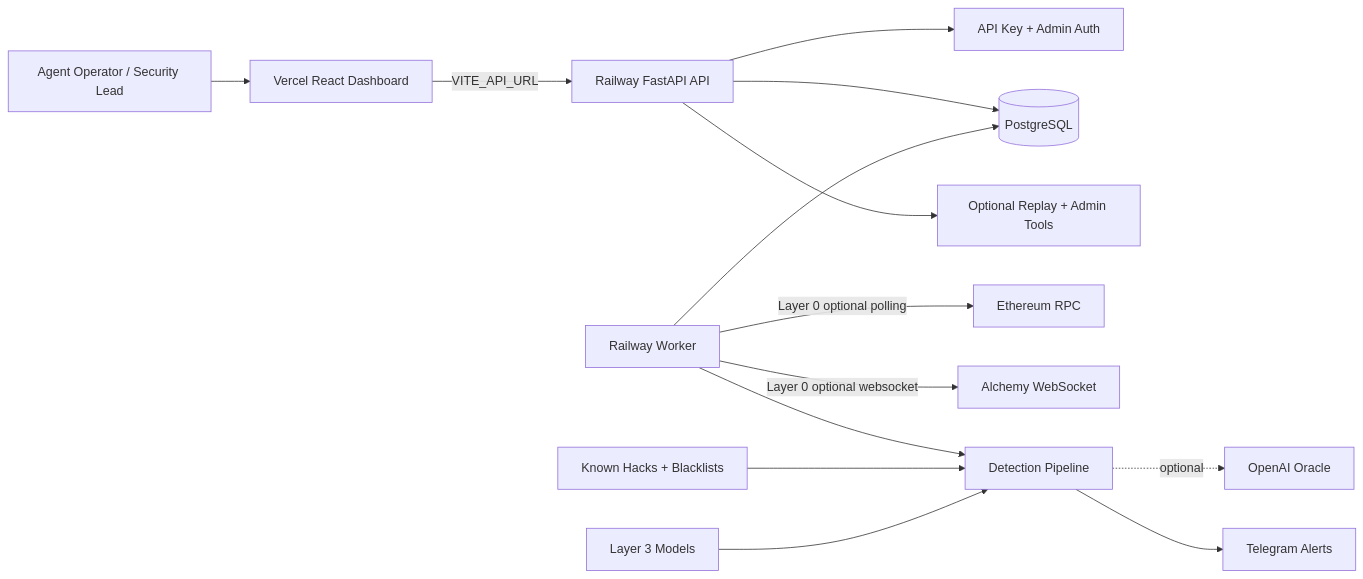
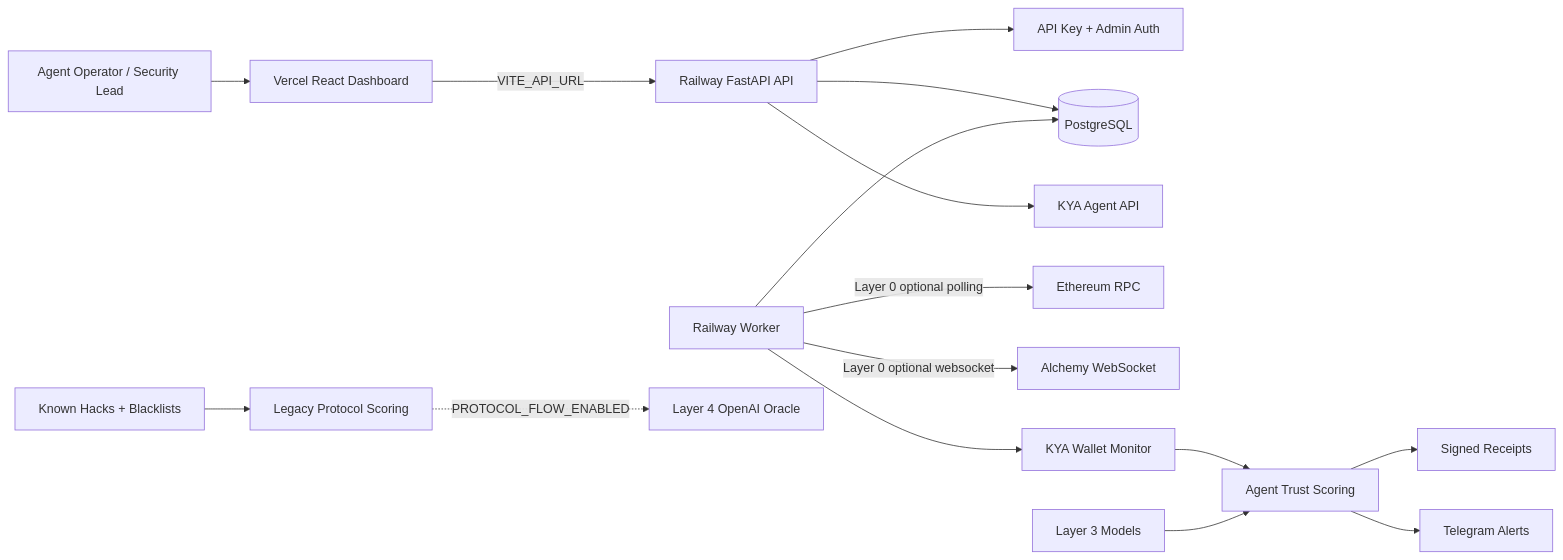
Before and after one commit to hasansazly/Talosly-startup: the first of 6 diagrams in README.md, drawn with Mermaid. The commit also changed other lines of this file, not shown here.

````diff
--- a/README.md
+++ b/README.md
@@ -67,18 +67,20 @@
 ```mermaid
 flowchart LR
   Operator[Agent Operator / Security Lead] --> UI[Vercel React Dashboard]
   UI -->|VITE_API_URL| API[Railway FastAPI API]
   API --> Auth[API Key + Admin Auth]
   API --> DB[(PostgreSQL)]
-  API --> Replay[Optional Replay + Admin Tools]
+  API --> KYA[KYA Agent API]
 
   Worker[Railway Worker] --> DB
   Worker -->|Layer 0 optional polling| RPC[Ethereum RPC]
   Worker -->|Layer 0 optional websocket| WSS[Alchemy WebSocket]
-  Worker --> Pipeline[Detection Pipeline]
-  Pipeline -. optional .-> OpenAI[OpenAI Oracle]
-  Pipeline --> Telegram[Telegram Alerts]
+  Worker --> KYAWorker[KYA Wallet Monitor]
+  KYAWorker --> Score[Agent Trust Scoring]
+  Score --> Receipts[Signed Receipts]
+  Score --> Telegram[Telegram Alerts]
 
-  Data[Known Hacks + Blacklists] --> Pipeline
-  Models[Layer 3 Models] --> Pipeline
+  Data[Known Hacks + Blacklists] --> Legacy[Legacy Protocol Scoring]
+  Models[Layer 3 Models] --> Score
+  Legacy -. PROTOCOL_FLOW_ENABLED .-> OpenAI[Layer 4 OpenAI Oracle]
 ```
````
